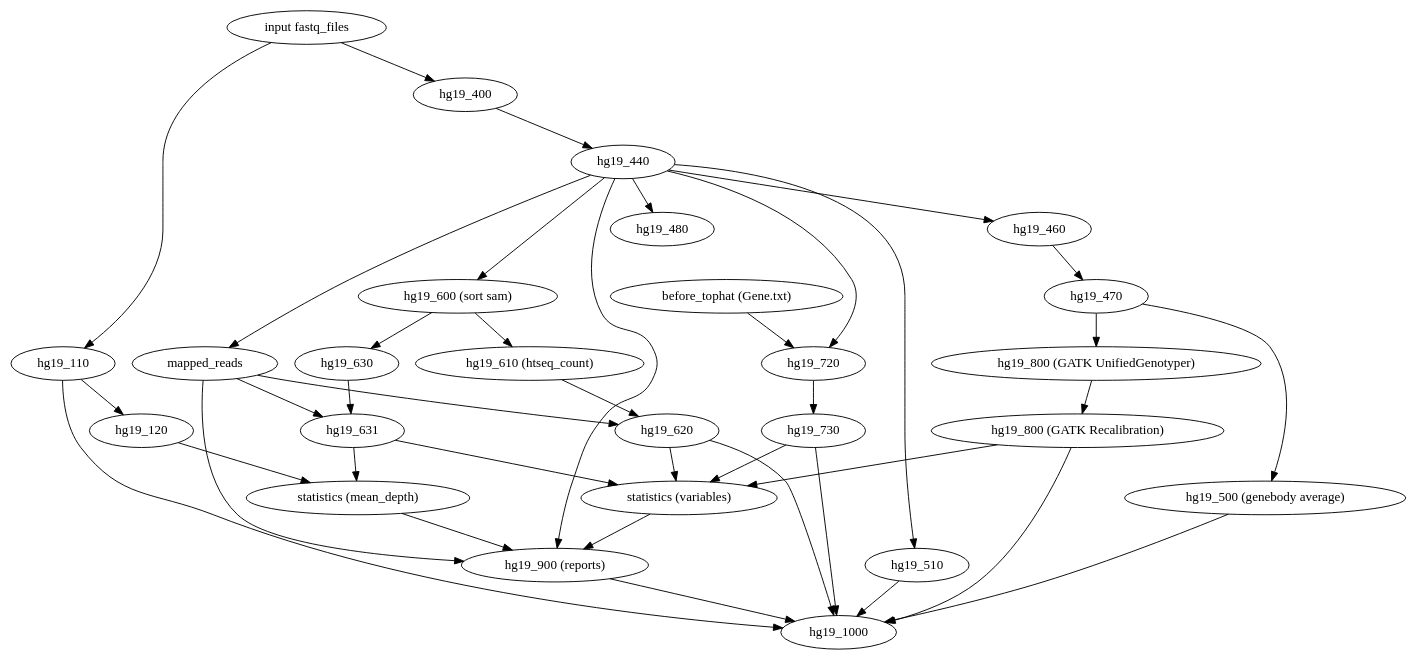
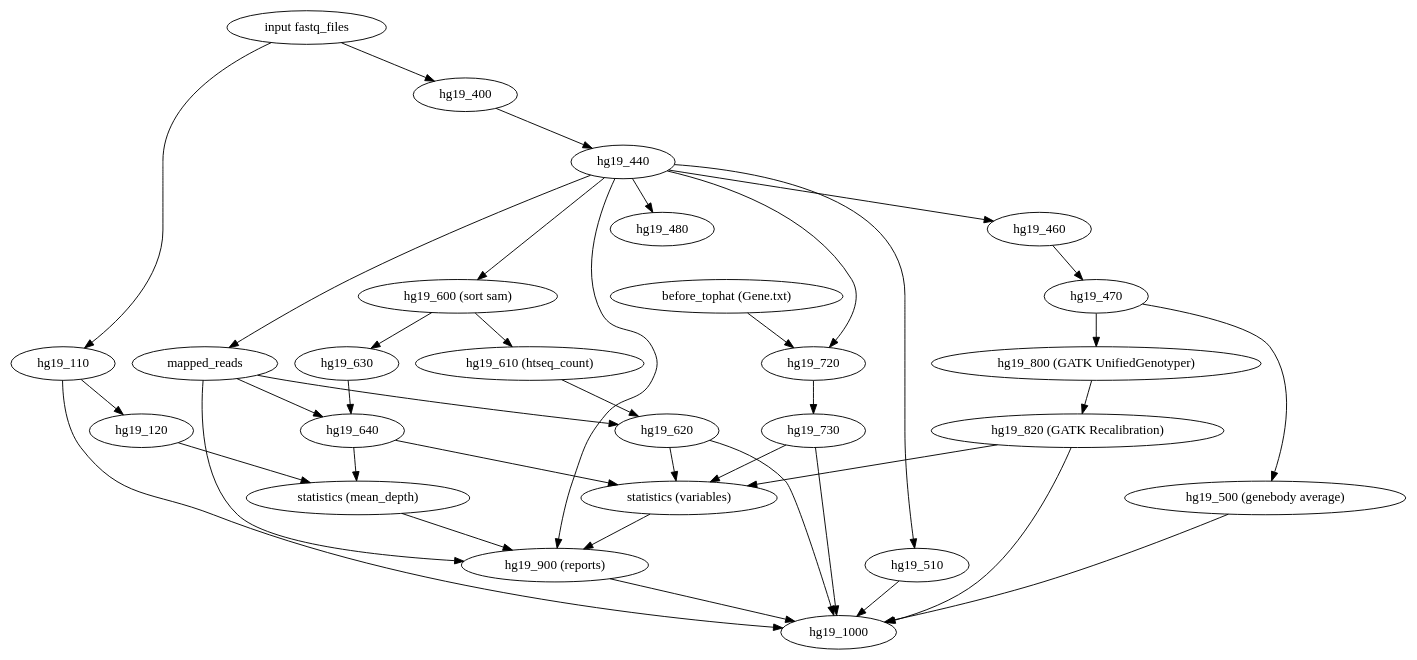
Before and after one commit to vatlab/sos-docs: the diagram in src/media/sample_dag.dot, drawn with Graphviz. The commit also changed 1 other file, not shown here.

Commit message:
Update dag figure

```diff
--- a/src/media/sample_dag.dot
+++ b/src/media/sample_dag.dot
@@ -1,34 +1,34 @@
 strict digraph  {
     hg19_100 [label="input fastq_files"];
     hg19_100 -> hg19_110 -> hg19_120;
     hg19_100 -> hg19_400;
     hg19_500 [label="hg19_500 (genebody average)"];
     hg19_800 [label="hg19_800 (GATK UnifiedGenotyper)"];
-    hg19_820 [label="hg19_800 (GATK Recalibration)"];
+    hg19_820 [label="hg19_820 (GATK Recalibration)"];
     counts [label="statistics (variables)"];
     before_tophat [label="before_tophat (Gene.txt)"];
     hg19_600 [label="hg19_600 (sort sam)"];
     mean_depth [ label="statistics (mean_depth)"];
     hg19_900 [label="hg19_900 (reports)"];
     hg19_400 -> hg19_440 -> hg19_460 -> hg19_470 -> hg19_500 -> hg19_1000;
     hg19_470 -> hg19_800 -> hg19_820 -> hg19_1000;
     hg19_820 -> counts;
     before_tophat -> hg19_720 -> hg19_730 -> hg19_1000;
     hg19_730 -> counts;
-    hg19_440 -> hg19_600 -> hg19_630 -> hg19_631;
+    hg19_440 -> hg19_600 -> hg19_630 -> hg19_640;
     hg19_610 [label="hg19_610 (htseq_count)"];
     hg19_600 -> hg19_610 -> hg19_620 -> hg19_1000;
     hg19_620 -> counts;
-    hg19_631 -> counts -> hg19_900;
-    hg19_631 -> mean_depth -> hg19_900;
+    hg19_640 -> counts -> hg19_900;
+    hg19_640 -> mean_depth -> hg19_900;
     hg19_120 -> mean_depth;
     hg19_440 -> hg19_480;
     hg19_440 -> hg19_720;
     hg19_440 -> hg19_900 -> hg19_1000;
     hg19_110 -> hg19_1000;
     hg19_440 -> hg19_510 -> hg19_1000;
-    hg19_440 -> mapped_reads  -> hg19_631;
+    hg19_440 -> mapped_reads  -> hg19_640;
     mapped_reads -> hg19_620;
     mapped_reads -> hg19_900;
 
 }
```
